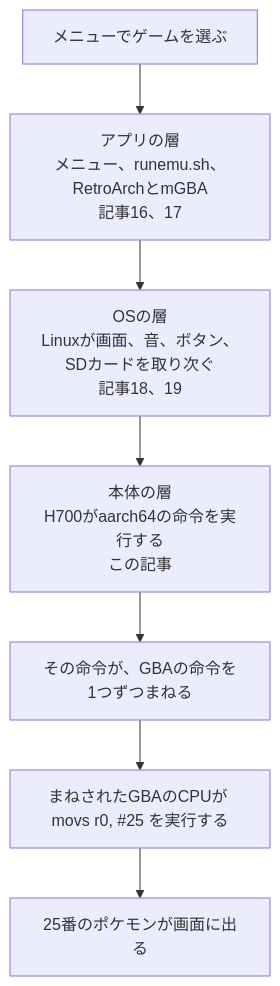
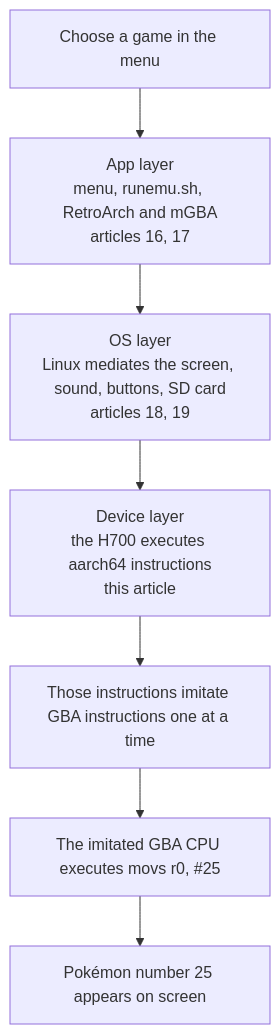
Before and after one commit to kiwamizamurai/gaming: the third of 3 diagrams in articles/20-cpu.md, drawn with Mermaid. The commit also changed other lines of this file and 46 other files, not shown here.

````diff
--- a/articles/20-cpu.md
+++ b/articles/20-cpu.md
@@ -172,9 +172,9 @@
 ```mermaid
 flowchart TD
-    A[メニューでゲームを選ぶ] --> B[アプリの層<br>メニュー、runemu.sh、RetroArchとmGBA<br>記事16、17]
-    B --> C[OSの層<br>Linuxが画面、音、ボタン、SDカードを取り次ぐ<br>記事18、19]
-    C --> D[本体の層<br>H700がaarch64の命令を実行する<br>この記事]
-    D --> E[その命令が、GBAの命令を1つずつまねる]
-    E --> F[まねされたGBAのCPUが movs r0, #25 を実行する]
-    F --> G[25番のポケモンが画面に出る]
+    A[Choose a game in the menu] --> B[App layer<br>menu, runemu.sh, RetroArch and mGBA<br>articles 16, 17]
+    B --> C[OS layer<br>Linux mediates the screen, sound, buttons, SD card<br>articles 18, 19]
+    C --> D[Device layer<br>the H700 executes aarch64 instructions<br>this article]
+    D --> E[Those instructions imitate GBA instructions one at a time]
+    E --> F[The imitated GBA CPU executes movs r0, #25]
+    F --> G[Pokémon number 25 appears on screen]
 ```
````
